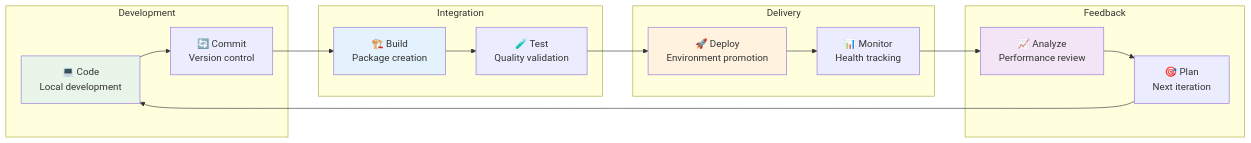
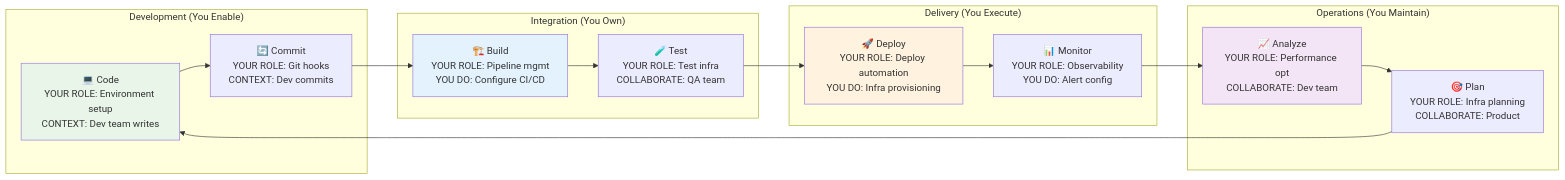
One commit to pelchers/Learning_DevOps changed the first of 10 diagrams in Tech_Relationships/13-DevOps_Development_Cycle_Relationships.md. Above: the diagram before and after it, drawn with Mermaid. The commit also changed other lines of this file and 21 other files, not shown here.

````diff
--- a/Tech_Relationships/13-DevOps_Development_Cycle_Relationships.md
+++ b/Tech_Relationships/13-DevOps_Development_Cycle_Relationships.md
@@ -25,28 +24,28 @@
 ```mermaid
 flowchart LR
-    subgraph "Development"
-        A["💻 Code<br/>Local development"] --> B["🔄 Commit<br/>Version control"]
+    subgraph "Development (You Enable)"
+        A["💻 Code<br/>YOUR ROLE: Environment setup<br/>CONTEXT: Dev team writes"] --> B["🔄 Commit<br/>YOUR ROLE: Git hooks<br/>CONTEXT: Dev commits"]
     end
     
-    subgraph "Integration"
-        C["🏗️ Build<br/>Package creation"] --> D["🧪 Test<br/>Quality validation"]
+    subgraph "Integration (You Own)"
+        C["🏗️ Build<br/>YOUR ROLE: Pipeline mgmt<br/>YOU DO: Configure CI/CD"] --> D["🧪 Test<br/>YOUR ROLE: Test infra<br/>COLLABORATE: QA team"]
     end
     
-    subgraph "Delivery"
-        E["🚀 Deploy<br/>Environment promotion"] --> F["📊 Monitor<br/>Health tracking"]
+    subgraph "Delivery (You Execute)"
+        E["🚀 Deploy<br/>YOUR ROLE: Deploy automation<br/>YOU DO: Infra provisioning"] --> F["📊 Monitor<br/>YOUR ROLE: Observability<br/>YOU DO: Alert config"]
     end
     
-    subgraph "Feedback"
-        G["📈 Analyze<br/>Performance review"] --> H["🎯 Plan<br/>Next iteration"]
+    subgraph "Operations (You Maintain)"
+        G["📈 Analyze<br/>YOUR ROLE: Performance opt<br/>COLLABORATE: Dev team"] --> H["🎯 Plan<br/>YOUR ROLE: Infra planning<br/>COLLABORATE: Product"]
     end
     
     B --> C
     D --> E
     F --> G
     H --> A
     
     style A fill:#e8f5e8
     style C fill:#e3f2fd
     style E fill:#fff3e0
     style G fill:#f3e5f5
 ```
````
